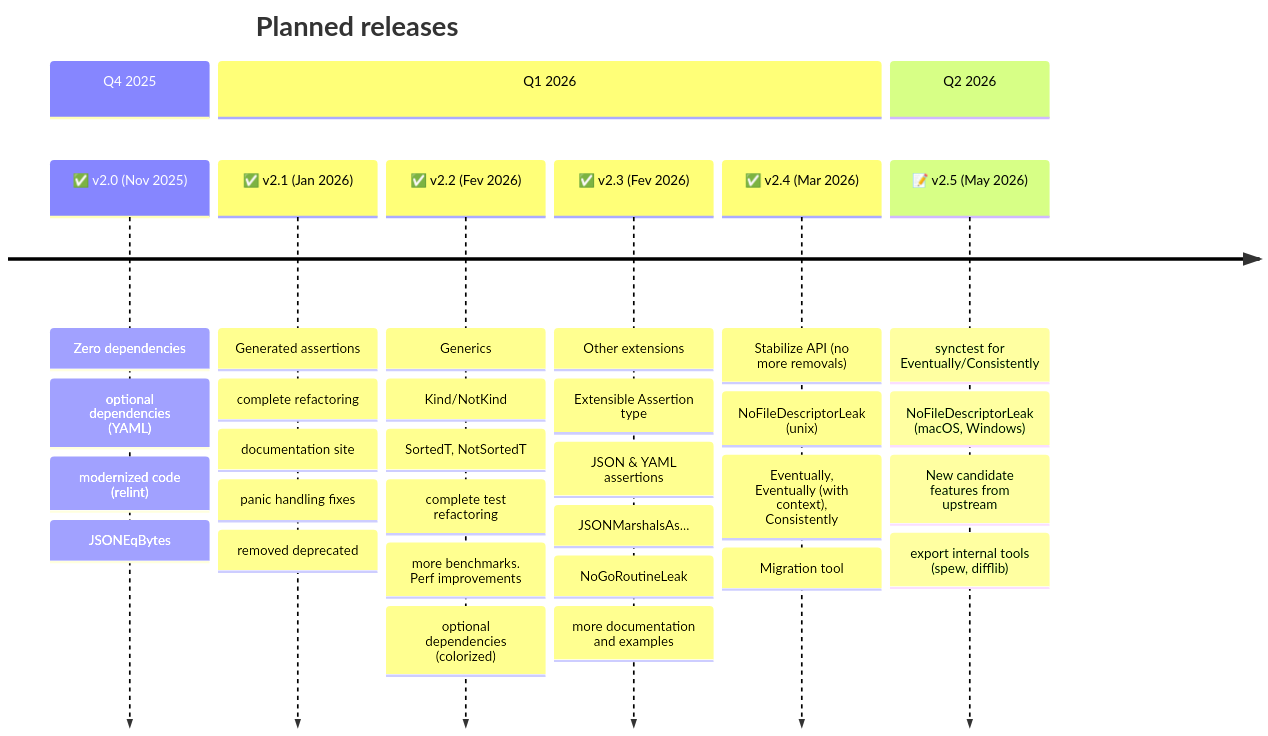
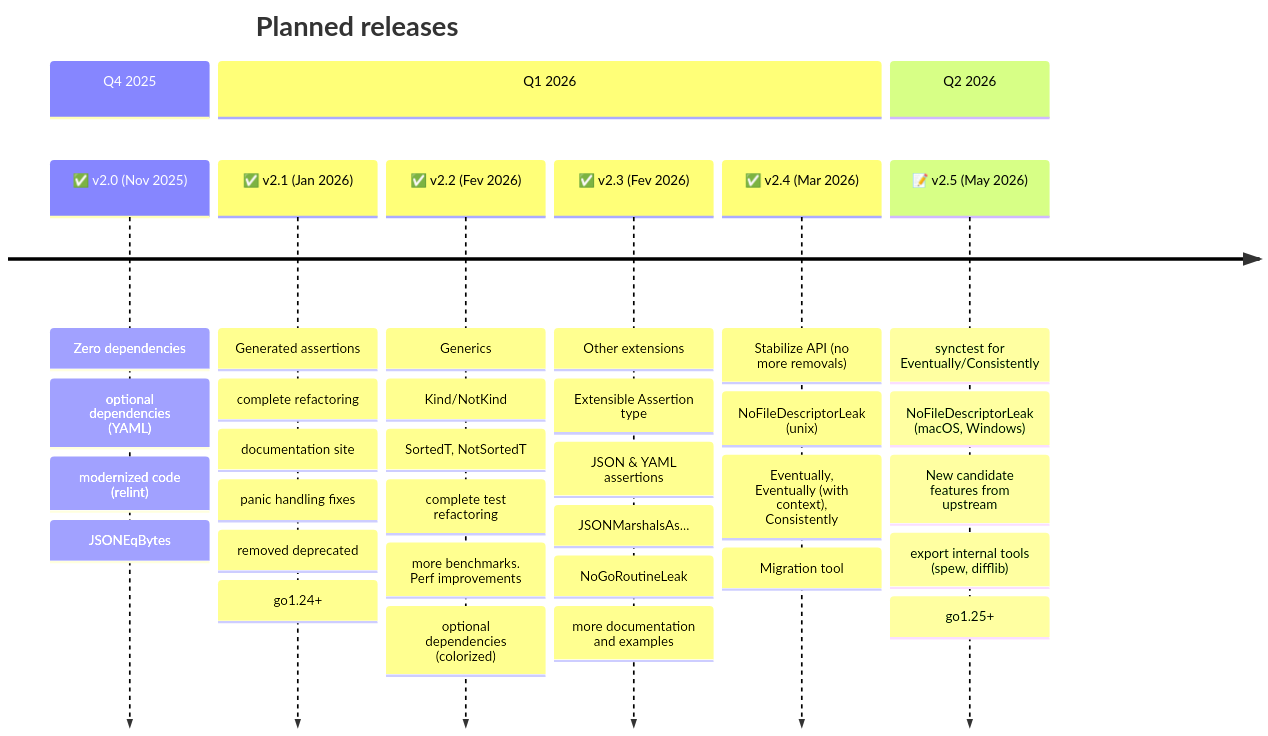
One commit to go-openapi/testify changed the diagram in docs/doc-site/project/maintainers/ROADMAP.md. Above: the diagram before and after it, drawn with Mermaid. The commit also changed 52 other files, not shown here.

```diff
--- a/docs/doc-site/project/maintainers/ROADMAP.md
+++ b/docs/doc-site/project/maintainers/ROADMAP.md
@@ -9,35 +9,37 @@
 {{< mermaid align="center" zoom="true" >}}
 timeline
     title Planned releases
     section Q4 2025
     ✅ v2.0 (Nov 2025) : Zero dependencies
                     : optional dependencies (YAML)
                     : modernized code (relint)
                     : JSONEqBytes
     section Q1 2026
     ✅ v2.1 (Jan 2026) : Generated assertions
                     : complete refactoring
                     : documentation site
                     : panic handling fixes
                     : removed deprecated
+                    : go1.24+
     ✅ v2.2 (Fev 2026) : Generics
                     : Kind/NotKind
                     : SortedT, NotSortedT
                     : complete test refactoring
                     : more benchmarks. Perf improvements
                     : optional dependencies (colorized)
     ✅ v2.3 (Fev 2026) : Other extensions
                     : Extensible Assertion type
                     : JSON & YAML assertions: JSONMarshalsAs...
                     : NoGoRoutineLeak
                     : more documentation and examples
     ✅ v2.4 (Mar 2026) : Stabilize API (no more removals)
                     : NoFileDescriptorLeak (unix)
                     : Eventually, Eventually (with context), Consistently
                     : Migration tool
     section Q2 2026
     📝 v2.5 (May 2026) : synctest for Eventually/Consistently
                     : NoFileDescriptorLeak (macOS, Windows)
                     : New candidate features from upstream
                     : export internal tools (spew, difflib)
+                    : go1.25+
 {{< /mermaid >}}
```
